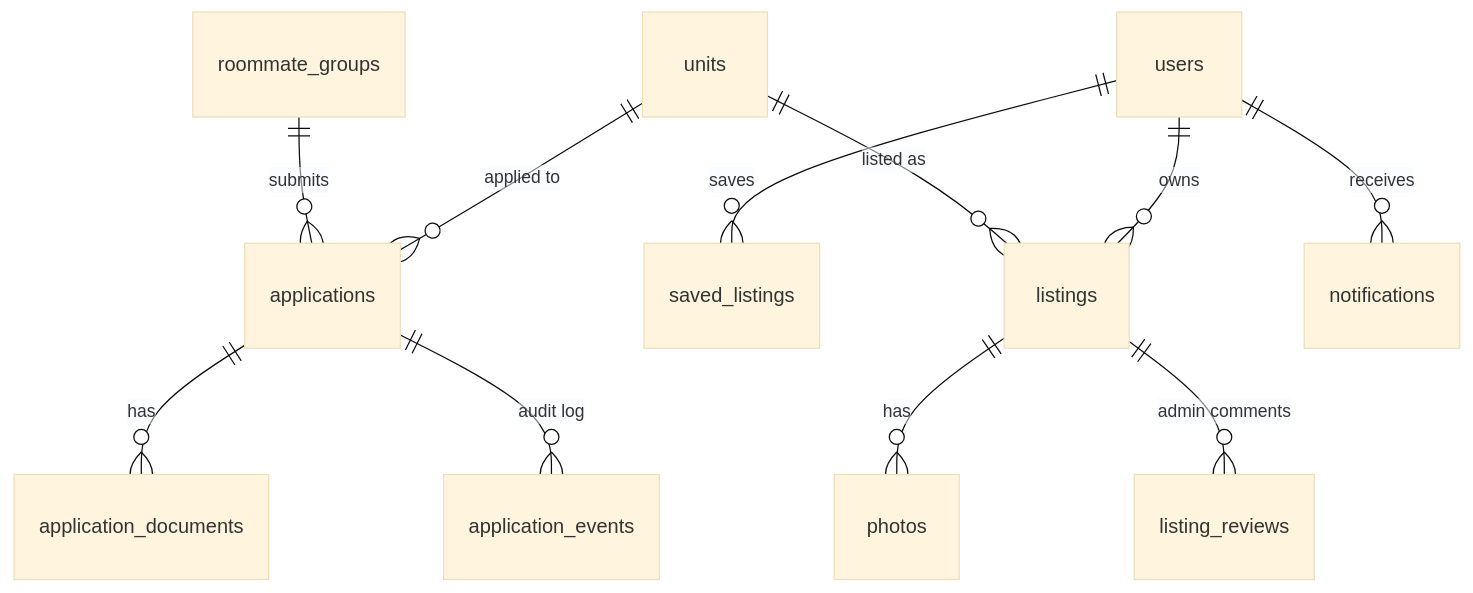
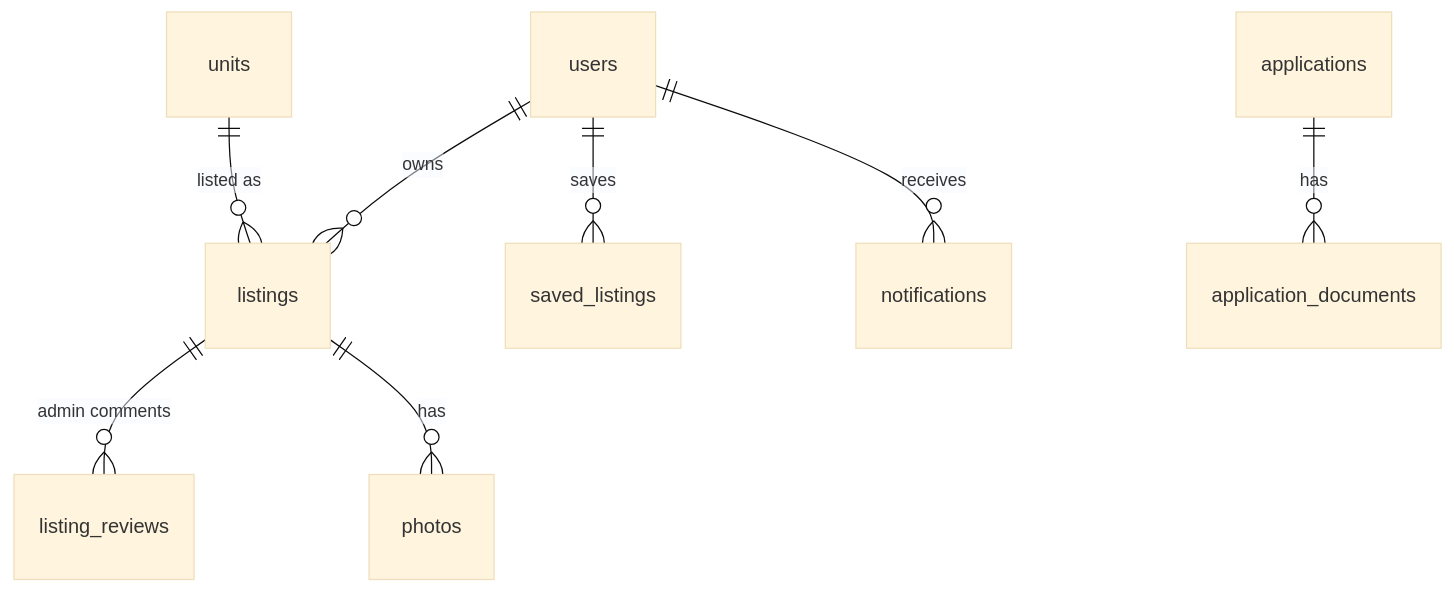
Before and after one commit to henryxoliveira/stable: the ninth of 9 diagrams in README.md, drawn with Mermaid (base theme). The commit also changed other lines of this file and 17 other files, not shown here.

Commit message:
Add group applications: apply to a unit, landlord review moves, offers with deadlines, history log

````diff
--- a/README.md
+++ b/README.md
@@ -470,13 +517,10 @@
 ```mermaid
 erDiagram
     units ||--o{ listings : "listed as"
     users ||--o{ listings : owns
     listings ||--o{ listing_reviews : "admin comments"
     listings ||--o{ photos : has
     users ||--o{ saved_listings : saves
-    roommate_groups ||--o{ applications : submits
-    units ||--o{ applications : "applied to"
-    applications ||--o{ application_events : "audit log"
     applications ||--o{ application_documents : has
     users ||--o{ notifications : receives
 ```
````
